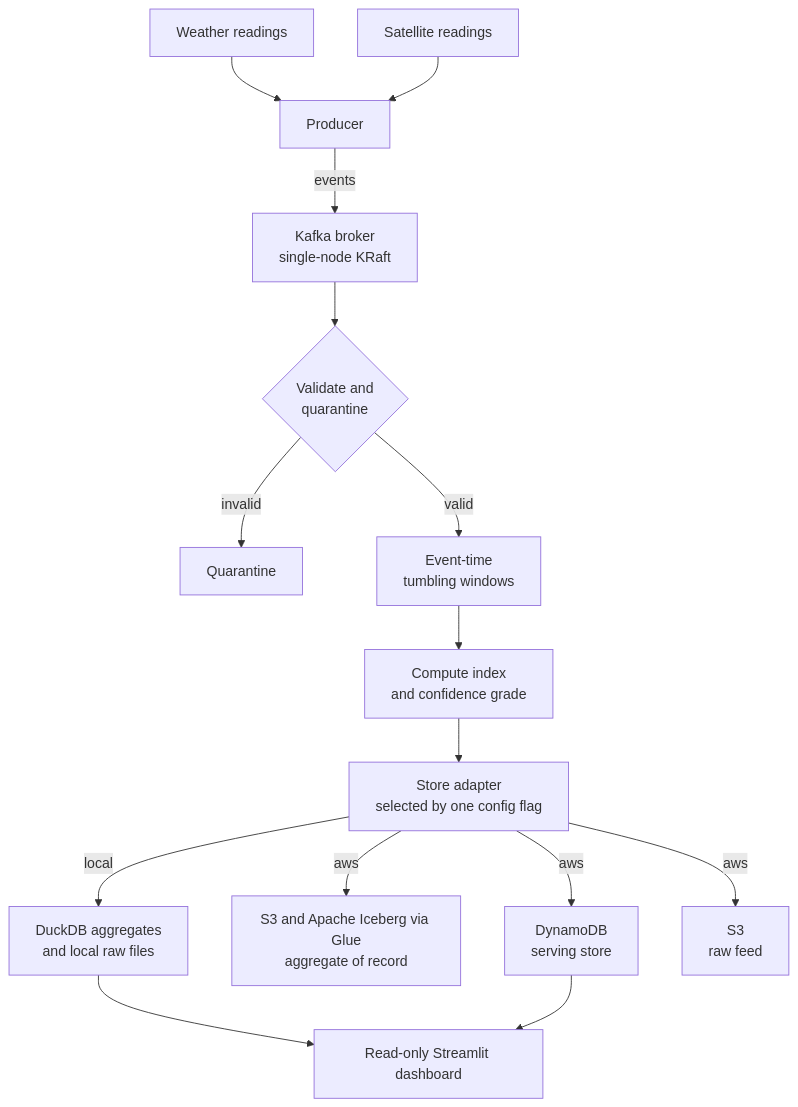
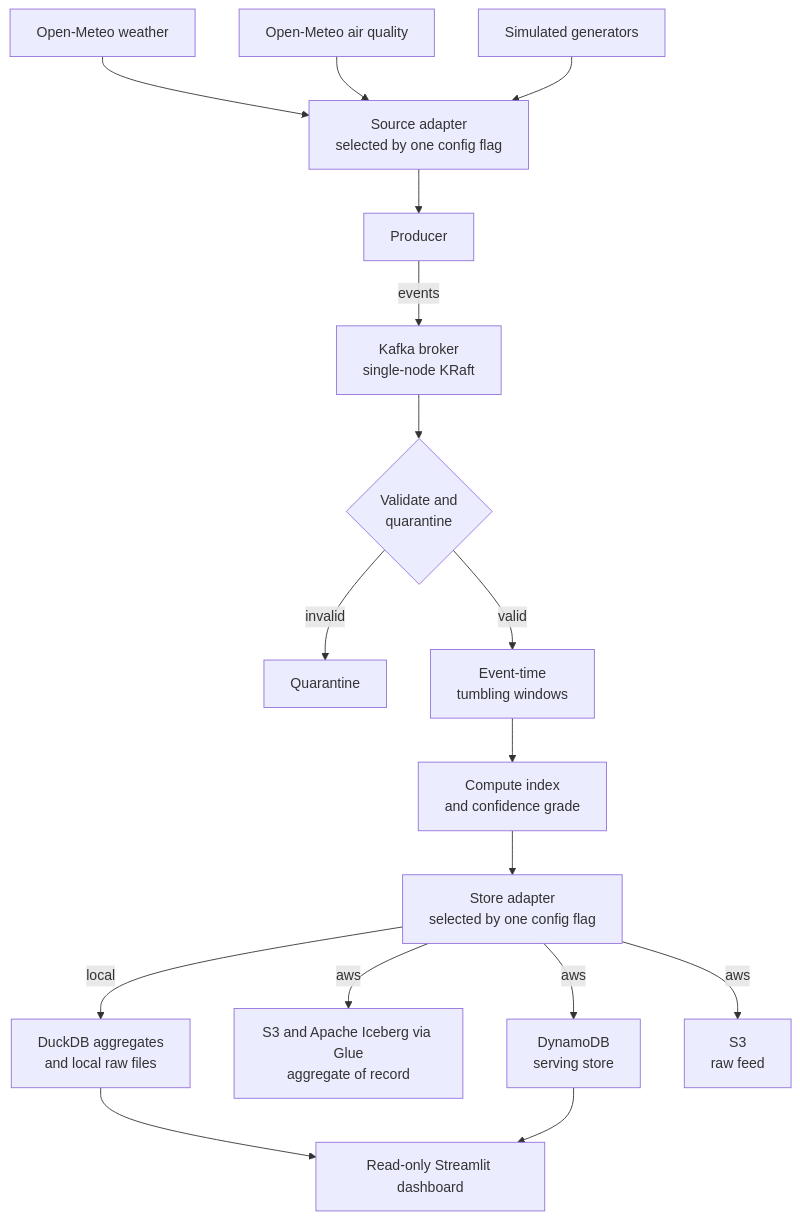
Before and after one commit to rkendev/real-time-climate-impact-index: the diagram in README.md, drawn with Mermaid. The commit also changed other lines of this file and 5 other files, not shown here.

````diff
--- a/README.md
+++ b/README.md
@@ -19,17 +21,19 @@
 ```mermaid
 flowchart TB
-    W[Weather readings] --> P[Producer]
-    S[Satellite readings] --> P
+    W[Open-Meteo weather] --> SRC[Source adapter<br/>selected by one config flag]
+    S[Open-Meteo air quality] --> SRC
+    G[Simulated generators] --> SRC
+    SRC --> P[Producer]
     P -->|events| K[Kafka broker<br/>single-node KRaft]
     K --> V{Validate and<br/>quarantine}
     V -->|invalid| Q[Quarantine]
     V -->|valid| WIN[Event-time<br/>tumbling windows]
     WIN --> C[Compute index<br/>and confidence grade]
     C --> A[Store adapter<br/>selected by one config flag]
     A -->|local| DD[DuckDB aggregates<br/>and local raw files]
     A -->|aws| ICE[S3 and Apache Iceberg via Glue<br/>aggregate of record]
     A -->|aws| DYN[DynamoDB<br/>serving store]
     A -->|aws| RAW[S3<br/>raw feed]
     DD --> DASH[Read-only Streamlit dashboard]
     DYN --> DASH
 ```
````
